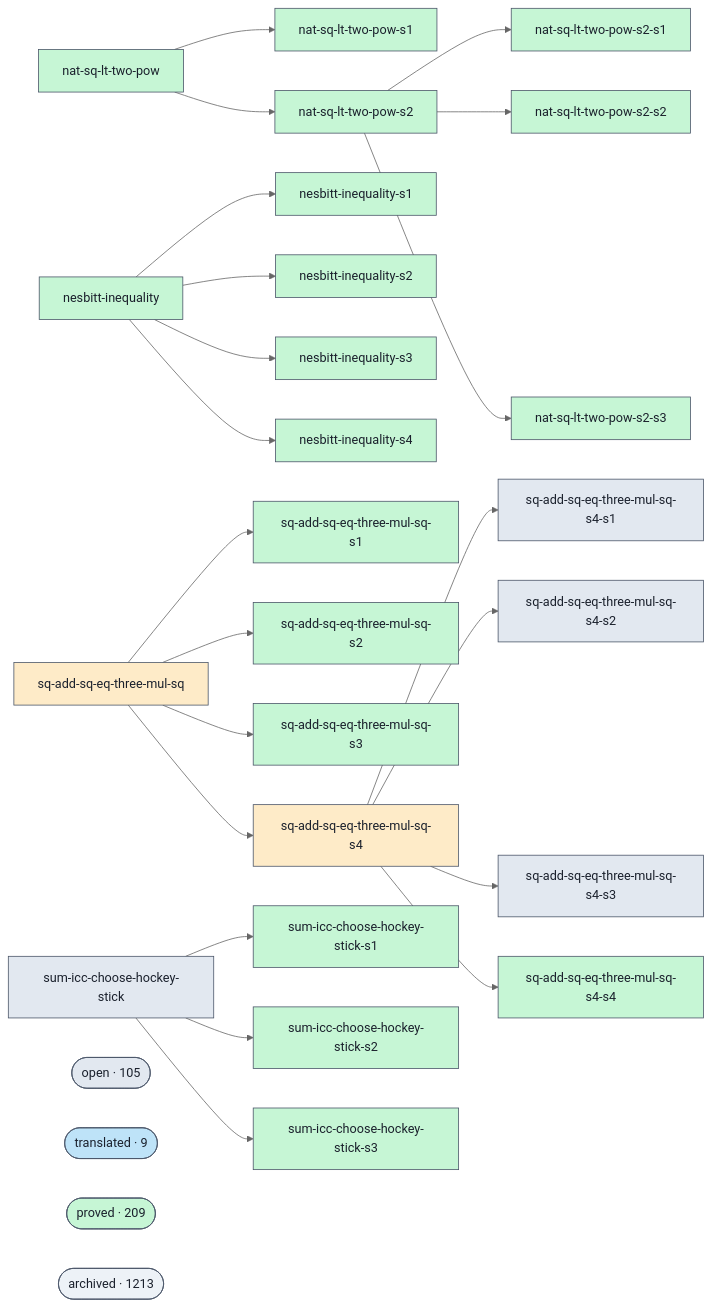
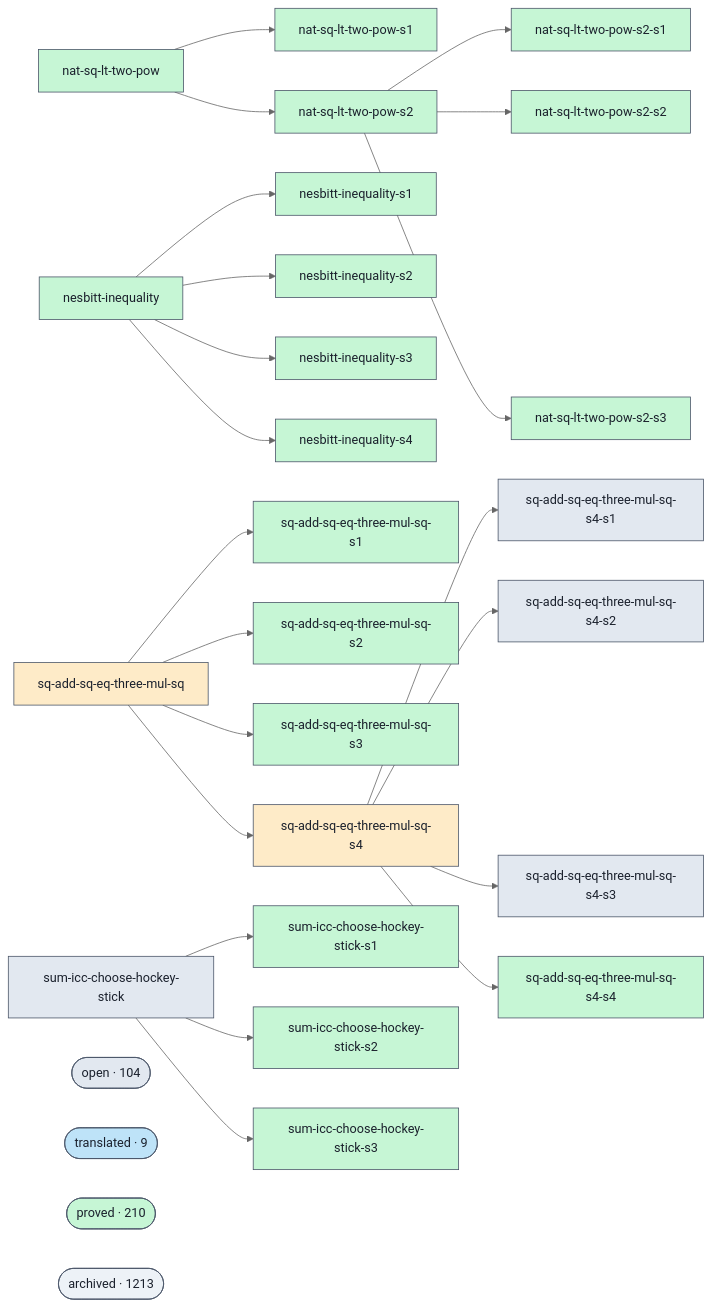
Before and after one commit to ohdearquant/unsorry: the diagram in docs/proofs-contributors-visualisation.md, drawn with Mermaid (neutral theme). The commit also changed other lines of this file and 2 other files, not shown here.

```diff
--- a/docs/proofs-contributors-visualisation.md
+++ b/docs/proofs-contributors-visualisation.md
@@ -114,11 +114,11 @@
   g_sum_icc_choose_hockey_stick --> g_sum_icc_choose_hockey_stick_s1
   g_sum_icc_choose_hockey_stick --> g_sum_icc_choose_hockey_stick_s2
   g_sum_icc_choose_hockey_stick --> g_sum_icc_choose_hockey_stick_s3
-  cluster_open(["open · 105"])
+  cluster_open(["open · 104"])
   class cluster_open open;
   cluster_translated(["translated · 9"])
   class cluster_translated translated;
-  cluster_proved(["proved · 209"])
+  cluster_proved(["proved · 210"])
   class cluster_proved proved;
   cluster_archived(["archived · 1213"])
   class cluster_archived unknown;
```
